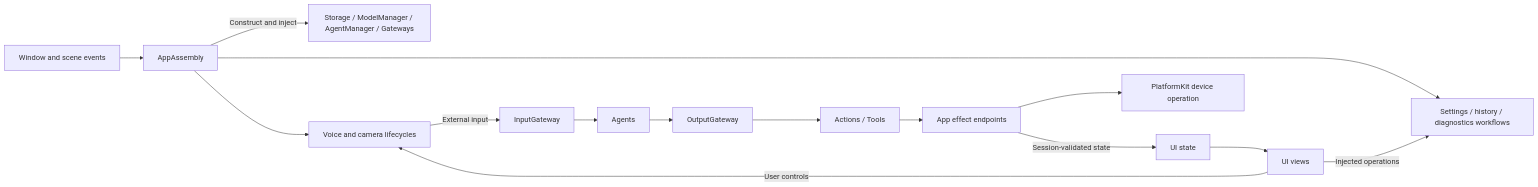
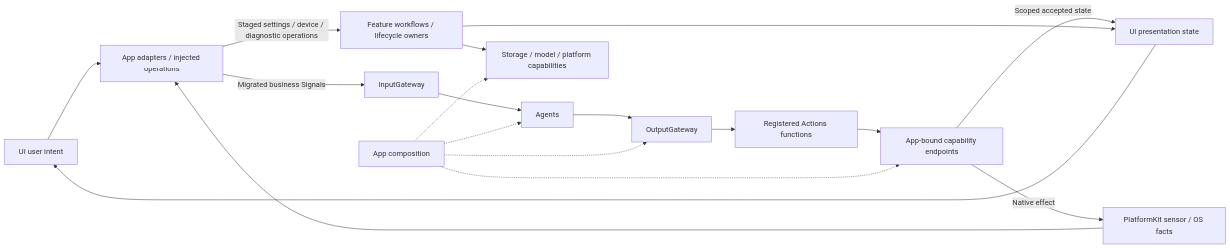
Before and after one commit to devilyouwei/MobileHarness: the first of 3 diagrams in MobileHarness/App/README.md, drawn with Mermaid. The commit also changed other lines of this file and 238 other files, not shown here.

First line of the commit message:
Separate callable Actions from Gateway execution and call protocols

````diff
--- a/MobileHarness/App/README.md
+++ b/MobileHarness/App/README.md
@@ -44,17 +11,20 @@
 ```mermaid
 flowchart LR
-    Host[Window and scene events] --> Assembly[AppAssembly]
-    Assembly -->|Construct and inject| Services[Storage / ModelManager / AgentManager / Gateways]
-    Assembly --> Sessions[Voice and camera lifecycles]
-    Assembly --> Operations[Settings / history / diagnostics workflows]
-    Views[UI views] -->|Injected operations| Operations
-    Views -->|User controls| Sessions
-    Sessions -->|External input| Input[InputGateway]
+    UI[UI user intent] --> Adapter[App adapters / injected operations]
+    Platform[PlatformKit sensor / OS facts] --> Adapter
+    Adapter -->|Migrated business Signals| Input[InputGateway]
     Input --> Agents
     Agents --> Output[OutputGateway]
-    Output --> Execute[Actions / Tools]
-    Execute --> Adapters[App effect endpoints]
-    Adapters -->|Session-validated state| State[UI state]
-    Adapters --> Platform[PlatformKit device operation]
-    State --> Views
+    Output --> Functions[Registered Actions functions]
+    Functions --> Endpoints[App-bound capability endpoints]
+    Endpoints -->|Scoped accepted state| State[UI presentation state]
+    State --> UI
+    Endpoints -->|Native effect| Platform
+    Adapter -->|Staged settings / device / diagnostic operations| Workflows[Feature workflows / lifecycle owners]
+    Workflows --> State
+    Workflows --> Services[Storage / model / platform capabilities]
+    Root[App composition] -.-> Agents
+    Root -.-> Output
+    Root -.-> Endpoints
+    Root -.-> Services
 ```
````
